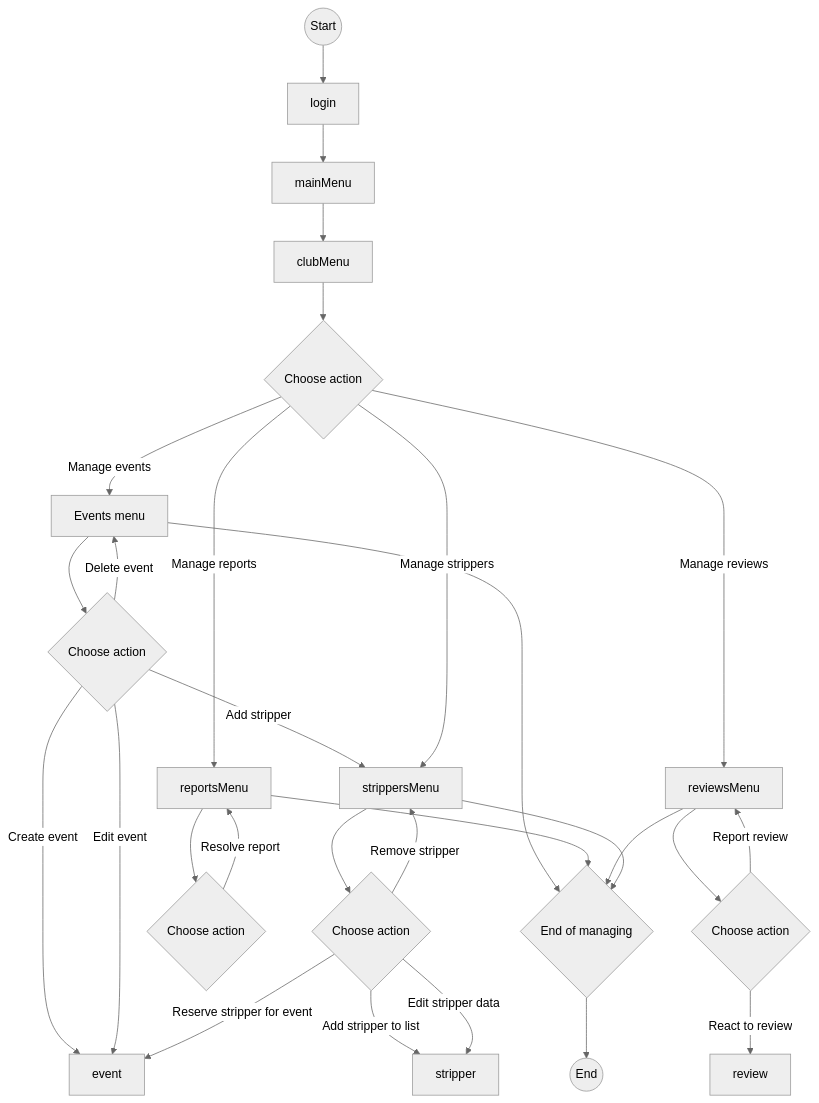
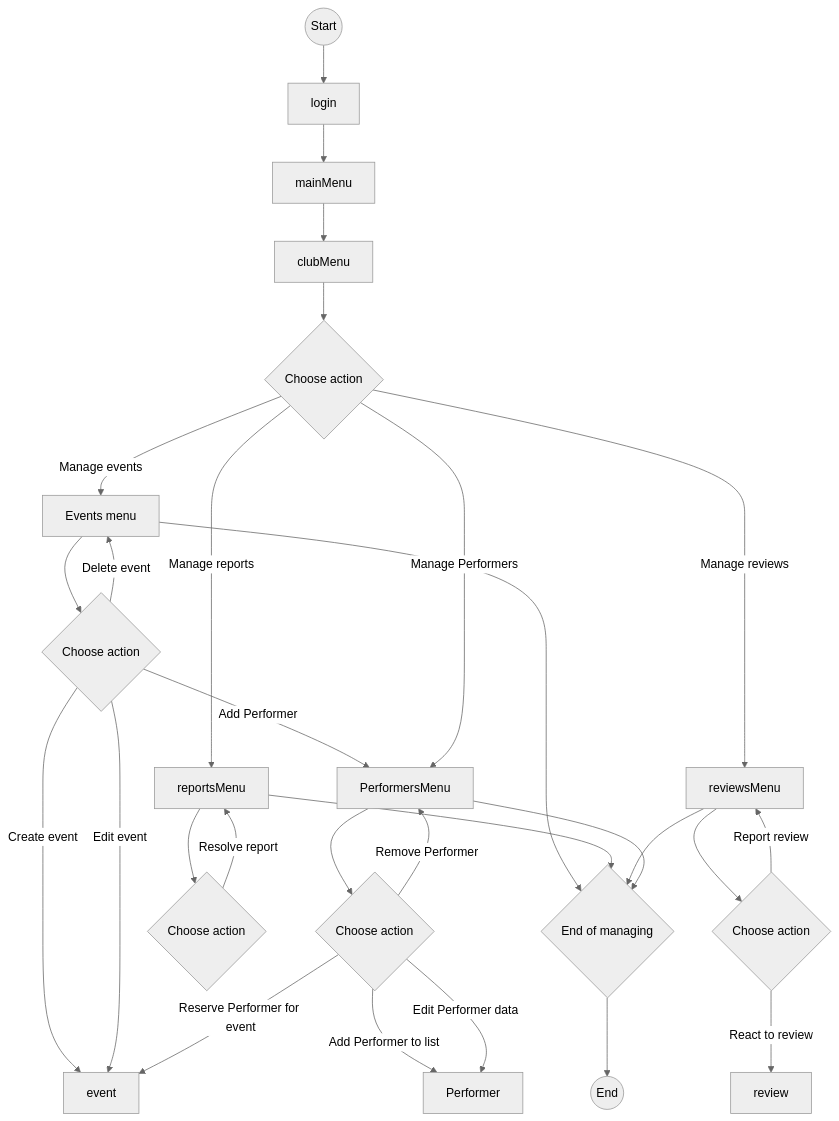
Before and after one commit to GlycerolVeinz/sinSemestralWork: the third of 5 diagrams in business/business.md, drawn with Mermaid (neutral theme). The commit also changed other lines of this file, not shown here.

Commit message:
need to attach pictures of diagrams for documentation

````diff
--- a/business/business.md
+++ b/business/business.md
@@ -175,36 +175,36 @@
 ```mermaid
 flowchart TD
     start((Start)) --> login
     login --> mainMenu
     mainMenu --> clubMenu
     clubMenu --> decision{Choose action}
     decision -->|Manage events| eventsMenu[Events menu]
         eventsMenu --> eventAction{Choose action}
         eventAction -->|Create event| event
         eventAction -->|Edit event| event
         eventAction -->|Delete event| eventsMenu
-        eventAction -->|Add stripper| strippersMenu
+        eventAction -->|Add Performer| PerformersMenu
 
-    decision -->|Manage strippers| strippersMenu
-        strippersMenu --> stripperAction{Choose action}
-        stripperAction -->|Add stripper to list| stripper
-        stripperAction -->|Edit stripper data| stripper
-        stripperAction -->|Remove stripper| strippersMenu
-        stripperAction -->|Reserve stripper for event| event
+    decision -->|Manage Performers| PerformersMenu
+        PerformersMenu --> PerformerAction{Choose action}
+        PerformerAction -->|Add Performer to list| Performer
+        PerformerAction -->|Edit Performer data| Performer
+        PerformerAction -->|Remove Performer| PerformersMenu
+        PerformerAction -->|Reserve Performer for event| event
     
     decision -->|Manage reviews| reviewsMenu
         reviewsMenu--> reviewsDecision{Choose action}
         reviewsDecision-->|React to review| review
         reviewsDecision-->|Report review| reviewsMenu
 
     decision -->|Manage reports| reportsMenu
         reportsMenu--> reportsAction{Choose action}
         reportsAction-->|Resolve report| reportsMenu
 
     eventsMenu --> endOfWork{End of managing}
     reportsMenu --> endOfWork{End of managing}
     reviewsMenu --> endOfWork{End of managing}
-    strippersMenu --> endOfWork{End of managing}
+    PerformersMenu --> endOfWork{End of managing}
 
     endOfWork --> END((End))
 ```
````
